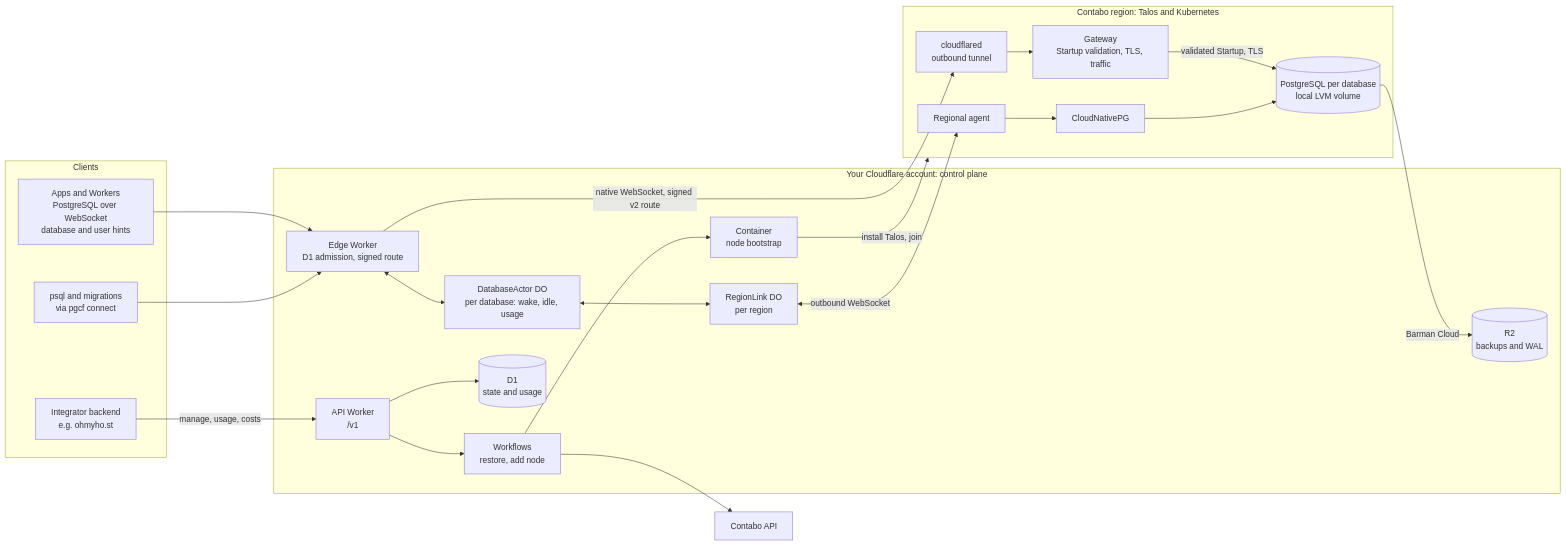
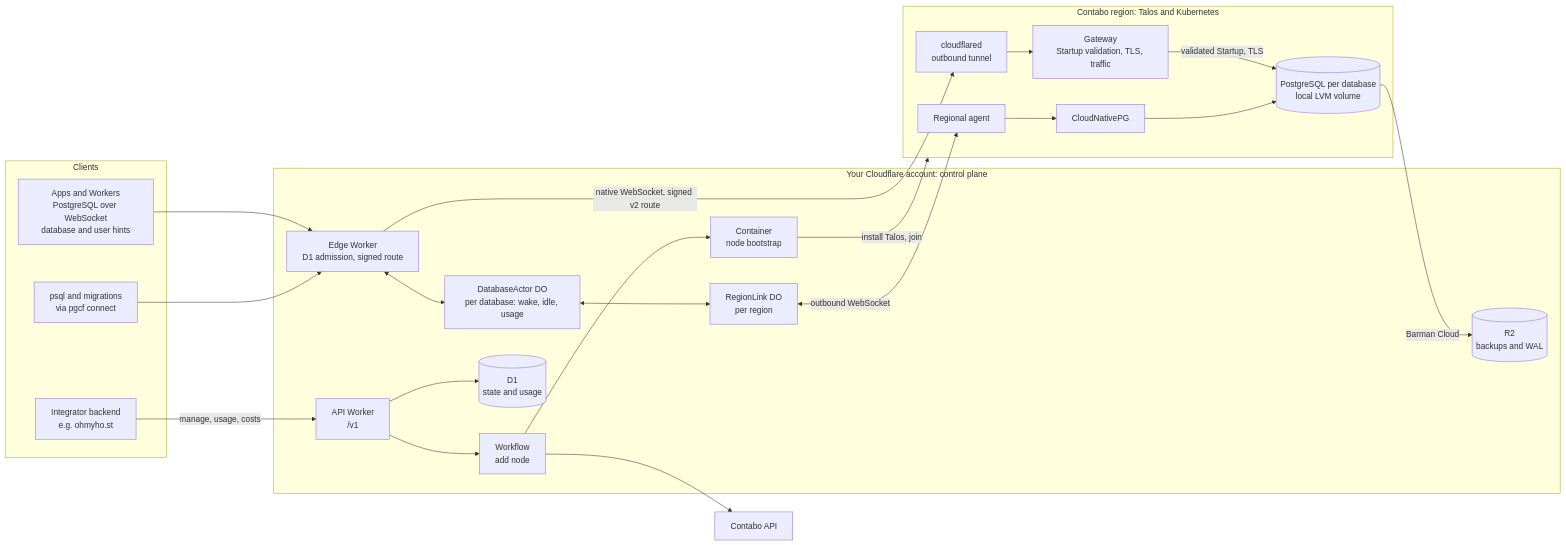
One commit to amerged-org/cloudflare-postgres changed the first of 2 diagrams in README.md. Above: the diagram before and after it, drawn with Mermaid. The commit also changed other lines of this file and 10 other files, not shown here.

````diff
--- a/README.md
+++ b/README.md
@@ -69,47 +71,47 @@
 ```mermaid
 flowchart LR
   subgraph Clients
     App["Apps and Workers<br/>PostgreSQL over WebSocket<br/>database and user hints"]
     Tools["psql and migrations<br/>via pgcf connect"]
     Integrator["Integrator backend<br/>e.g. ohmyho.st"]
   end
 
   subgraph CF["Your Cloudflare account: control plane"]
     Edge["Edge Worker<br/>D1 admission, signed route"]
     API["API Worker<br/>/v1"]
     DBA["DatabaseActor DO<br/>per database: wake, idle, usage"]
     RL["RegionLink DO<br/>per region"]
-    WF["Workflows<br/>restore, add node"]
+    WF["Workflow<br/>add node"]
     D1[("D1<br/>state and usage")]
     R2[("R2<br/>backups and WAL")]
     Boot["Container<br/>node bootstrap"]
   end
 
   subgraph Region["Contabo region: Talos and Kubernetes"]
     CFD["cloudflared<br/>outbound tunnel"]
     GW["Gateway<br/>Startup validation, TLS, traffic"]
     Agent["Regional agent"]
     CNPG["CloudNativePG"]
     PG[("PostgreSQL per database<br/>local LVM volume")]
   end
 
   Contabo["Contabo API"]
 
   App --> Edge
   Tools --> Edge
   Integrator -->|"manage, usage, costs"| API
   Edge <--> DBA
   Edge -->|"native WebSocket, signed v2 route"| CFD
   CFD --> GW
   GW -->|"validated Startup, TLS"| PG
   API --> D1
   API --> WF
   DBA <--> RL
   RL <-->|"outbound WebSocket"| Agent
   Agent --> CNPG
   CNPG --> PG
   PG -->|"Barman Cloud"| R2
   WF --> Contabo
   WF --> Boot
   Boot -->|"install Talos, join"| Region
 ```
````
